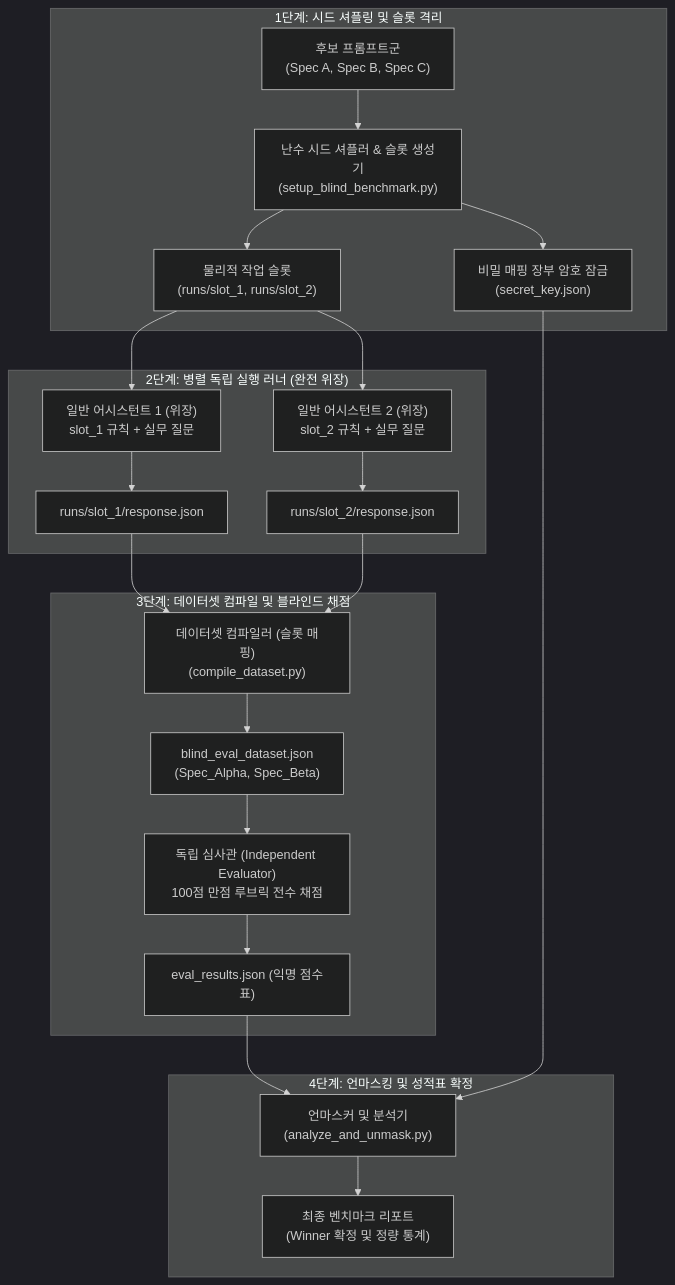
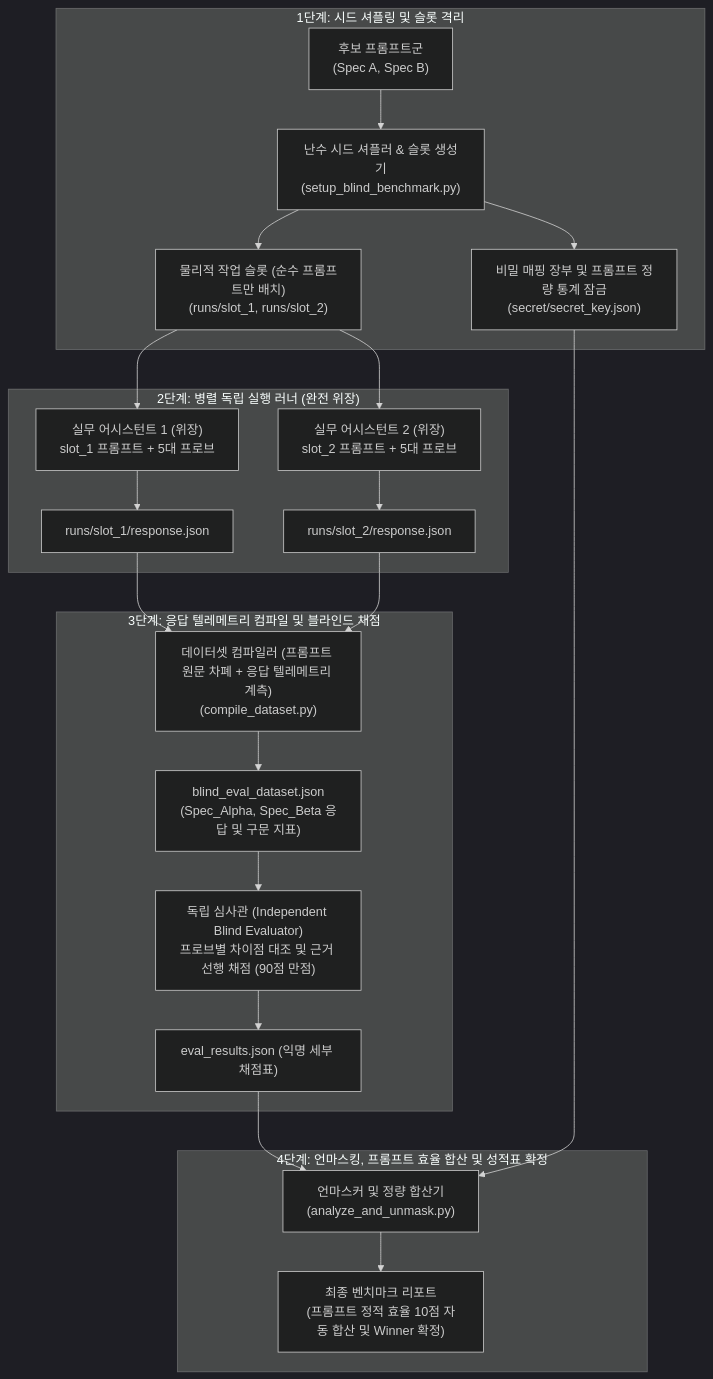
One commit to jin20203458/Obsidian.Agent changed the diagram in ai_agent_refs/Prompt_Benchmark_Evaluation_Protocol.md. Above: the diagram before and after it, drawn with Mermaid (dark theme). The commit also changed other lines of this file, not shown here.

````diff
--- a/ai_agent_refs/Prompt_Benchmark_Evaluation_Protocol.md
+++ b/ai_agent_refs/Prompt_Benchmark_Evaluation_Protocol.md
@@ -41,27 +43,27 @@
 ```mermaid
 flowchart TD
     subgraph Stage1["1단계: 시드 셔플링 및 슬롯 격리"]
-        A["후보 프롬프트군<br/>(Spec A, Spec B, Spec C)"] --> B["난수 시드 셔플러 & 슬롯 생성기<br/>(setup_blind_benchmark.py)"]
-        B --> C["물리적 작업 슬롯<br/>(runs/slot_1, runs/slot_2)"]
-        B --> D["비밀 매핑 장부 암호 잠금<br/>(secret_key.json)"]
+        A["후보 프롬프트군<br/>(Spec A, Spec B)"] --> B["난수 시드 셔플러 & 슬롯 생성기<br/>(setup_blind_benchmark.py)"]
+        B --> C["물리적 작업 슬롯 (순수 프롬프트만 배치)<br/>(runs/slot_1, runs/slot_2)"]
+        B --> D["비밀 매핑 장부 및 프롬프트 정량 통계 잠금<br/>(secret/secret_key.json)"]
     end
 
     subgraph Stage2["2단계: 병렬 독립 실행 러너 (완전 위장)"]
-        C --> E1["일반 어시스턴트 1 (위장)<br/>slot_1 규칙 + 실무 질문"]
-        C --> E2["일반 어시스턴트 2 (위장)<br/>slot_2 규칙 + 실무 질문"]
+        C --> E1["실무 어시스턴트 1 (위장)<br/>slot_1 프롬프트 + 5대 프로브"]
+        C --> E2["실무 어시스턴트 2 (위장)<br/>slot_2 프롬프트 + 5대 프로브"]
         E1 --> F1["runs/slot_1/response.json"]
         E2 --> F2["runs/slot_2/response.json"]
     end
 
-    subgraph Stage3["3단계: 데이터셋 컴파일 및 블라인드 채점"]
-        F1 & F2 --> G["데이터셋 컴파일러 (슬롯 매핑)<br/>(compile_dataset.py)"]
-        G --> H["blind_eval_dataset.json<br/>(Spec_Alpha, Spec_Beta)"]
-        H --> I["독립 심사관 (Independent Evaluator)<br/>100점 만점 루브릭 전수 채점"]
-        I --> J["eval_results.json (익명 점수표)"]
+    subgraph Stage3["3단계: 응답 텔레메트리 컴파일 및 블라인드 채점"]
+        F1 & F2 --> G["데이터셋 컴파일러 (프롬프트 원문 차폐 + 응답 텔레메트리 계측)<br/>(compile_dataset.py)"]
+        G --> H["blind_eval_dataset.json<br/>(Spec_Alpha, Spec_Beta 응답 및 구문 지표)"]
+        H --> I["독립 심사관 (Independent Blind Evaluator)<br/>프로브별 차이점 대조 및 근거 선행 채점 (90점 만점)"]
+        I --> J["eval_results.json (익명 세부 채점표)"]
     end
 
-    subgraph Stage4["4단계: 언마스킹 및 성적표 확정"]
-        J & D --> K["언마스커 및 분석기<br/>(analyze_and_unmask.py)"]
-        K --> L["최종 벤치마크 리포트<br/>(Winner 확정 및 정량 통계)"]
+    subgraph Stage4["4단계: 언마스킹, 프롬프트 효율 합산 및 성적표 확정"]
+        J & D --> K["언마스커 및 정량 합산기<br/>(analyze_and_unmask.py)"]
+        K --> L["최종 벤치마크 리포트<br/>(프롬프트 정적 효율 10점 자동 합산 및 Winner 확정)"]
     end
 ```
````
